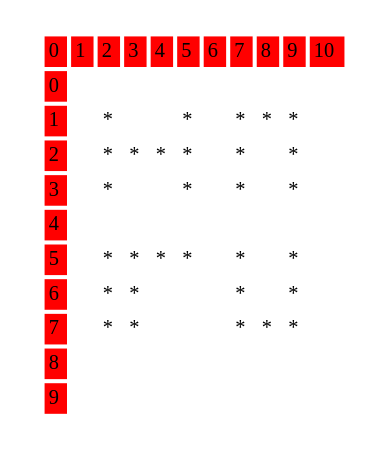
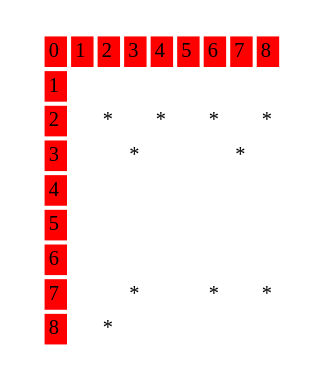
Before and after one commit to Alexz330/IPC2_Proyecto2_201908359: the diagram in grafica.dot, drawn with Graphviz. The commit also changed 5 other files, not shown here.

```diff
--- a/grafica.dot
+++ b/grafica.dot
@@ -1,5 +1,5 @@
 digraph dibujo{
 tabla[shape = plaintext, fontsize = 10, label = <
 <TABLE BORDER = " 0" border  = "0" cellborder = "0">
-"<tr><td BGCOLOR="red">0</td><td BGCOLOR="red">1</td><td BGCOLOR="red">2</td><td BGCOLOR="red">3</td><td BGCOLOR="red">4</td><td BGCOLOR="red">5</td><td BGCOLOR="red">6</td><td BGCOLOR="red">7</td><td BGCOLOR="red">8</td><td BGCOLOR="red">9</td><td BGCOLOR="red">10</td></tr><tr><td BGCOLOR="red">0</td><td> </td><td> </td><td> </td><td> </td><td> </td><td> </td><td> </td><td> </td><td> </td><td> </td></tr><tr><td BGCOLOR="red">1</td><td> </td><td>*</td><td> </td><td> </td><td>*</td><td> </td><td>*</td><td>*</td><td>*</td><td> </td></tr><tr><td BGCOLOR="red">2</td><td> </td><td>*</td><td>*</td><td>*</td><td>*</td><td> </td><td>*</td><td> </td><td>*</td><td> </td></tr><tr><td BGCOLOR="red">3</td><td> </td><td>*</td><td> </td><td> </td><td>*</td><td> </td><td>*</td><td> </td><td>*</td><td> </td></tr><tr><td BGCOLOR="red">4</td><td> </td><td> </td><td> </td><td> </td><td> </td><td> </td><td> </td><td> </td><td> </td><td> </td></tr><tr><td BGCOLOR="red">5</td><td> </td><td>*</td><td>*</td><td>*</td><td>*</td><td> </td><td>*</td><td> </td><td>*</td><td> </td></tr><tr><td BGCOLOR="red">6</td><td> </td><td>*</td><td>*</td><td> </td><td> </td><td> </td><td>*</td><td> </td><td>*</td><td> </td></tr><tr><td BGCOLOR="red">7</td><td> </td><td>*</td><td>*</td><td> </td><td> </td><td> </td><td>*</td><td>*</td><td>*</td><td> </td></tr><tr><td BGCOLOR="red">8</td><td> </td><td> </td><td> </td><td> </td><td> </td><td> </td><td> </td><td> </td><td> </td><td> </td></tr><tr><td BGCOLOR="red">9</td><td> </td><td> </td><td> </td><td> </td><td> </td><td> </td><td> </td><td> </td><td> </td><td> </td></tr></TABLE>
+"<tr><td BGCOLOR="red">0</td><td BGCOLOR="red">1</td><td BGCOLOR="red">2</td><td BGCOLOR="red">3</td><td BGCOLOR="red">4</td><td BGCOLOR="red">5</td><td BGCOLOR="red">6</td><td BGCOLOR="red">7</td><td BGCOLOR="red">8</td></tr><tr><td BGCOLOR="red">1</td><td> </td><td> </td><td> </td><td> </td><td> </td><td> </td><td> </td><td> </td></tr><tr><td BGCOLOR="red">2</td><td> </td><td>*</td><td> </td><td>*</td><td> </td><td>*</td><td> </td><td>*</td></tr><tr><td BGCOLOR="red">3</td><td> </td><td> </td><td>*</td><td> </td><td> </td><td> </td><td>*</td><td> </td></tr><tr><td BGCOLOR="red">4</td><td> </td><td> </td><td> </td><td> </td><td> </td><td> </td><td> </td><td> </td></tr><tr><td BGCOLOR="red">5</td><td> </td><td> </td><td> </td><td> </td><td> </td><td> </td><td> </td><td> </td></tr><tr><td BGCOLOR="red">6</td><td> </td><td> </td><td> </td><td> </td><td> </td><td> </td><td> </td><td> </td></tr><tr><td BGCOLOR="red">7</td><td> </td><td> </td><td>*</td><td> </td><td> </td><td>*</td><td> </td><td>*</td></tr><tr><td BGCOLOR="red">8</td><td> </td><td>*</td><td> </td><td> </td><td> </td><td> </td><td> </td><td> </td></tr></TABLE>
 >];}
```
